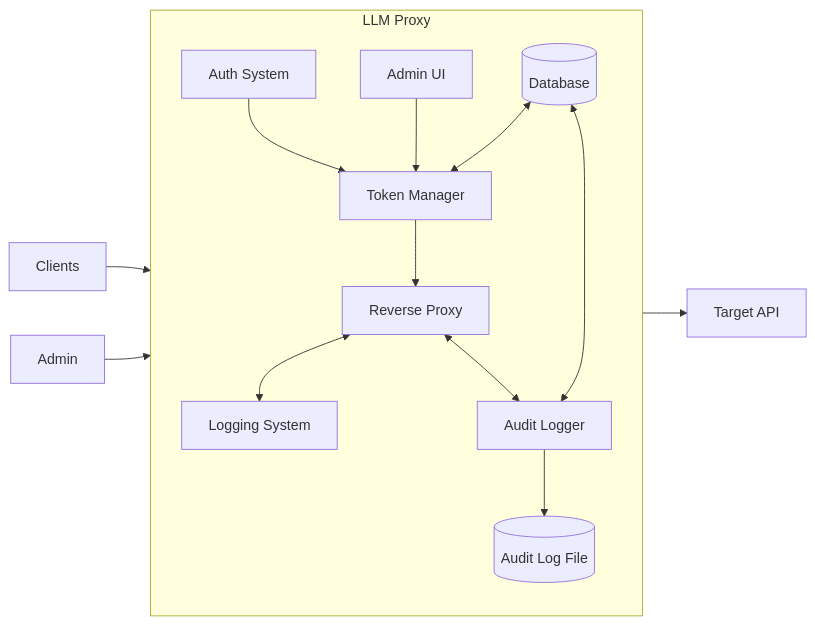
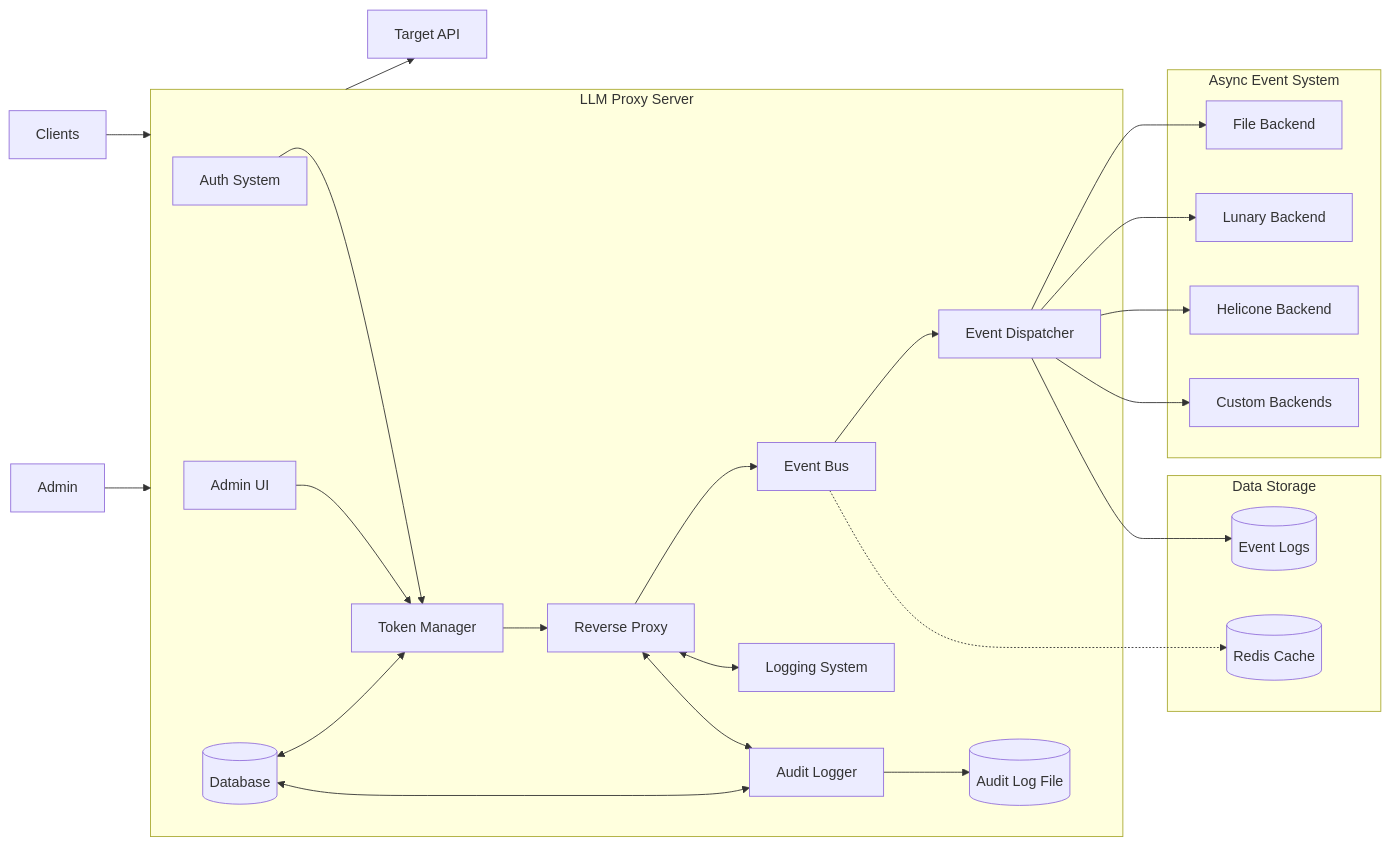
Before and after one commit to sofatutor/llm-proxy: the first of 9 diagrams in docs/architecture.md, drawn with Mermaid. The commit also changed other lines of this file and 5 other files, not shown here.

Commit message:
Complete developer documentation refresh with architecture, testing, and code organization guides

````diff
--- a/docs/architecture.md
+++ b/docs/architecture.md
@@ -38,18 +38,38 @@
 ```mermaid
 flowchart LR
     Clients["Clients"] --> Proxy
     Admin["Admin"] --> Proxy
     
-    subgraph Proxy["LLM Proxy"]
+    subgraph Proxy["LLM Proxy Server"]
         AuthSystem["Auth System"] --> TokenManager["Token Manager"]
         TokenManager --> ReverseProxy["Reverse Proxy"]
+        ReverseProxy --> EventBus["Event Bus"]
+        EventBus --> EventDispatcher["Event Dispatcher"]
         ReverseProxy <--> LoggingSystem["Logging System"]
         ReverseProxy <--> AuditLogger["Audit Logger"]
         AdminUI["Admin UI"] --> TokenManager
         DB[("Database")] <--> TokenManager
         DB <--> AuditLogger
         AuditLogger --> AuditFile[("Audit Log File")]
     end
     
+    subgraph EventSystem["Async Event System"]
+        EventBus
+        EventDispatcher --> FilePlugin["File Backend"]
+        EventDispatcher --> LunaryPlugin["Lunary Backend"]
+        EventDispatcher --> HeliconePlugin["Helicone Backend"]
+        EventDispatcher --> CustomPlugin["Custom Backends"]
+    end
+    
+    subgraph Storage["Data Storage"]
+        DB
+        AuditFile
+        Redis[("Redis Cache")]
+        EventLogs[("Event Logs")]
+    end
+    
+    EventBus -.-> Redis
+    EventDispatcher --> EventLogs
+    
     Proxy --> API["Target API"]
 ```
````
